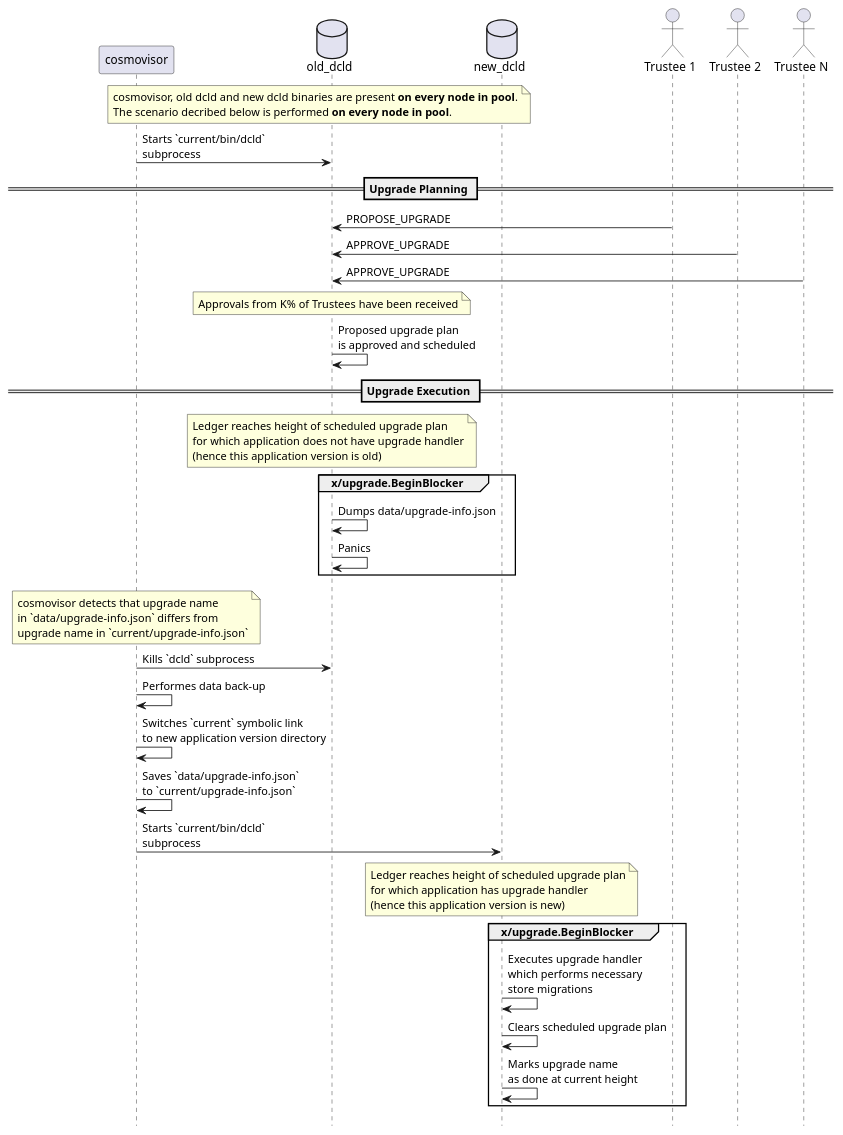
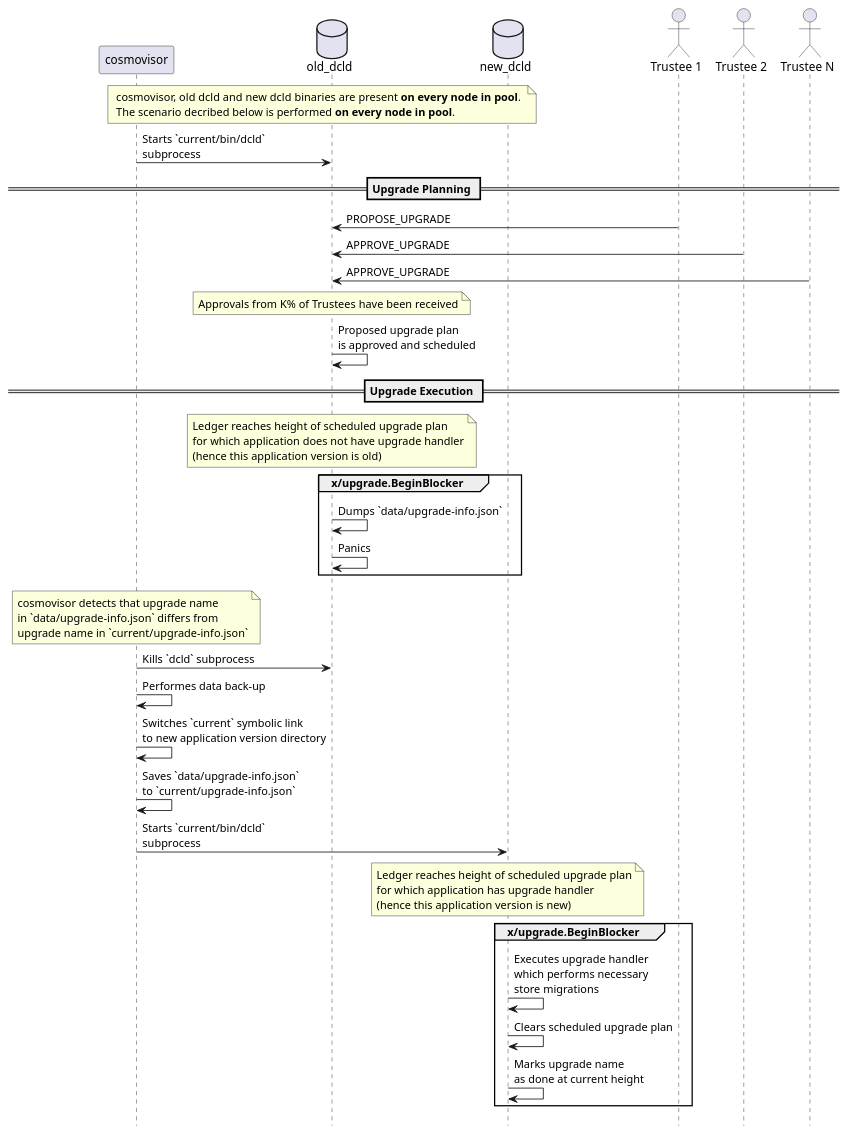
Before and after one commit to zigbee-alliance/distributed-compliance-ledger: the diagram in docs/use_cases/use_cases_upgrade_pool.puml, drawn with PlantUML. The commit also changed 1 other file, not shown here.

Commit message:
Made minor correction in upgrade sequence diagram

```diff
--- a/docs/use_cases/use_cases_upgrade_pool.puml
+++ b/docs/use_cases/use_cases_upgrade_pool.puml
@@ -1,68 +1,68 @@
 @startuml
 !pragma teoz true
 hide footbox
 
 participant cosmovisor as C
 database old_dcld as OD
 database new_dcld as ND
 actor "Trustee 1" as T1
 actor "Trustee 2" as T2
 actor "Trustee N" as TN
 
 note over C, ND
     cosmovisor, old dcld and new dcld binaries are present <b>on every node in pool</b>.
     The scenario decribed below is performed <b>on every node in pool</b>.
 end note
 
 C -> OD: Starts `current/bin/dcld`\nsubprocess
 
 == Upgrade Planning ==
 
 T1 -> OD: PROPOSE_UPGRADE
 T2 -> OD: APPROVE_UPGRADE
 TN -> OD: APPROVE_UPGRADE
 
 note over OD
     Approvals from K% of Trustees have been received
 end note
 
 OD -> OD: Proposed upgrade plan\nis approved and scheduled
 
 == Upgrade Execution ==
 
 note over OD
     Ledger reaches height of scheduled upgrade plan
     for which application does not have upgrade handler
     (hence this application version is old)
 end note
 
 group x/upgrade.BeginBlocker
-    OD -> OD: Dumps data/upgrade-info.json
+    OD -> OD: Dumps `data/upgrade-info.json`
     OD -> OD: Panics
 end group
 
 note over C
     cosmovisor detects that upgrade name
     in `data/upgrade-info.json` differs from
     upgrade name in `current/upgrade-info.json`
 end note
 
 C -> OD: Kills `dcld` subprocess
 C -> C: Performes data back-up
 C -> C: Switches `current` symbolic link\nto new application version directory
 C -> C: Saves `data/upgrade-info.json`\nto `current/upgrade-info.json`
 C -> ND: Starts `current/bin/dcld`\nsubprocess
 
 note over ND
     Ledger reaches height of scheduled upgrade plan
     for which application has upgrade handler
     (hence this application version is new)
 end note
 
 group x/upgrade.BeginBlocker
     ND -> ND: Executes upgrade handler\nwhich performs necessary\nstore migrations
     ND -> ND: Clears scheduled upgrade plan
     ND -> ND: Marks upgrade name\nas done at current height
 end group
 
 @enduml
```
